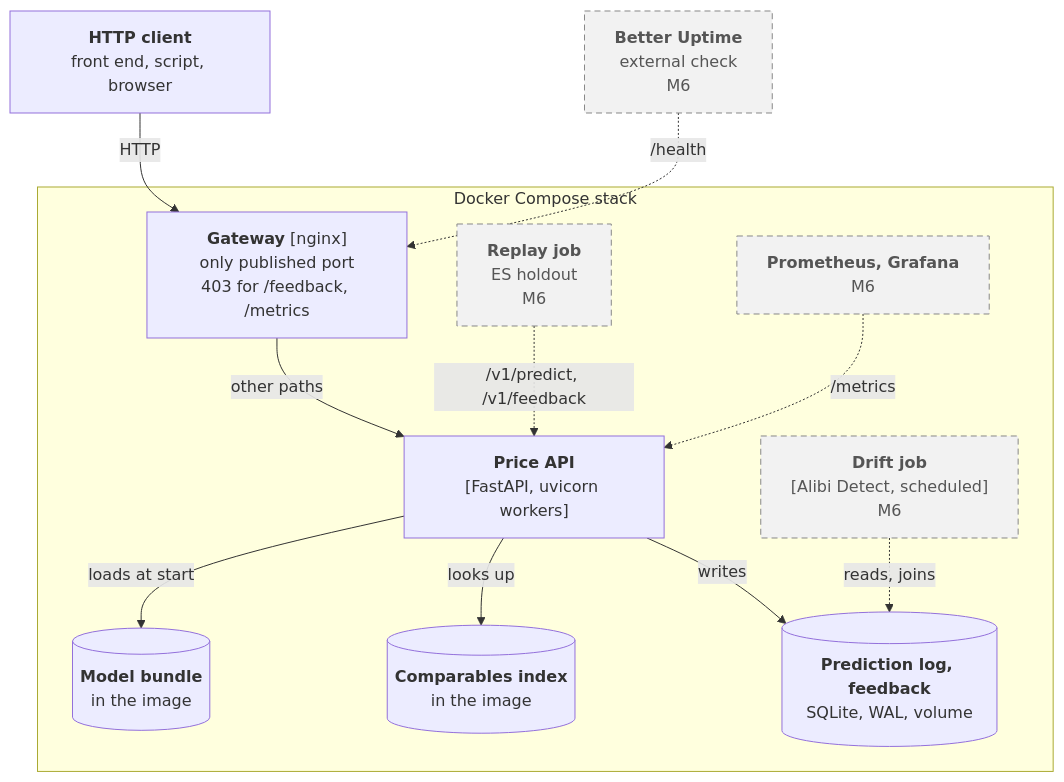
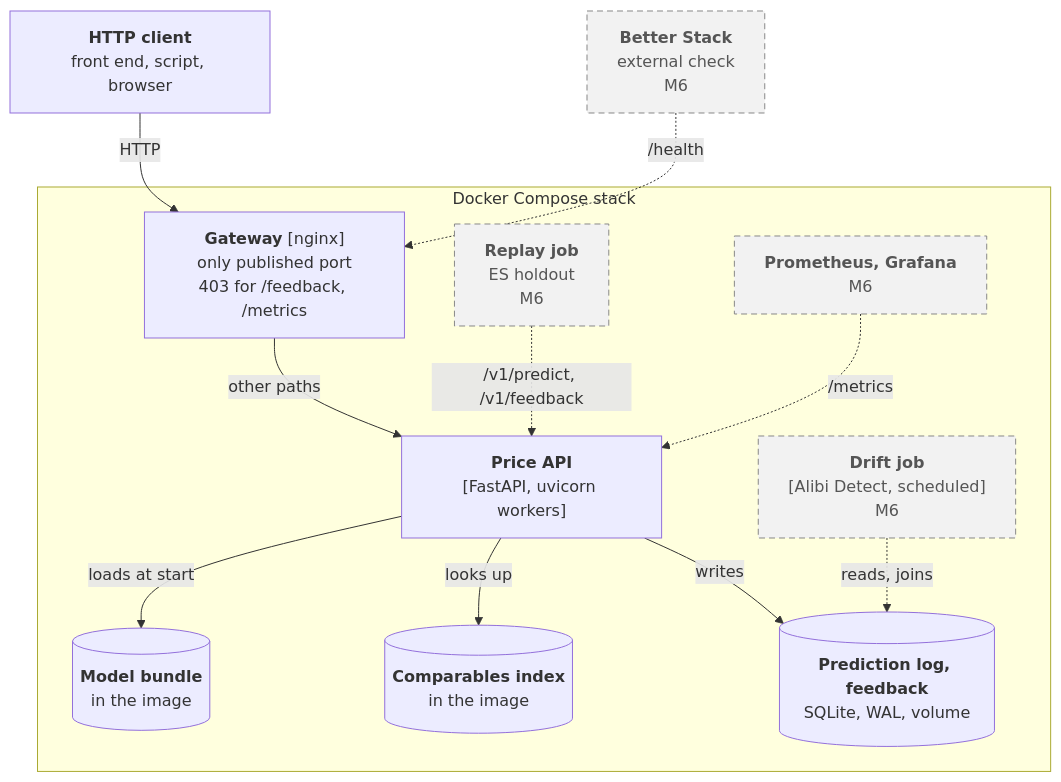
Before and after one commit to mlops-2627q1-mds-upc/MLOPS_Recommenditos: the third of 8 diagrams in docs/docs/architecture.md, drawn with Mermaid. The commit also changed other lines of this file and 9 other files, not shown here.

First line of the commit message:
feat: check the API's /health from outside with Better Stack and report its uptime (#280)

````diff
--- a/docs/docs/architecture.md
+++ b/docs/docs/architecture.md
@@ -134,29 +134,29 @@
 ```mermaid
 flowchart TB
     client["<b>HTTP client</b><br/>front end, script, browser"]
-    uptime["<b>Better Uptime</b><br/>external check<br/>M6"]
+    uptime["<b>Better Stack</b><br/>external check<br/>M6"]
 
     subgraph stack["Docker Compose stack"]
         proxy["<b>Gateway</b> [nginx]<br/>only published port<br/>403 for /feedback, /metrics"]
         replay["<b>Replay job</b><br/>ES holdout<br/>M6"]
         prom["<b>Prometheus, Grafana</b><br/>M6"]
         api["<b>Price API</b><br/>[FastAPI, uvicorn workers]"]
         drift["<b>Drift job</b><br/>[Alibi Detect, scheduled]<br/>M6"]
         bundle[("<b>Model bundle</b><br/>in the image")]
         comparables[("<b>Comparables index</b><br/>in the image")]
         log[("<b>Prediction log, feedback</b><br/>SQLite, WAL, volume")]
     end
 
     client -->|"HTTP"| proxy
     uptime -.->|"/health"| proxy
     proxy -->|"other paths"| api
     replay -.->|"/v1/predict, /v1/feedback"| api
     prom -.->|"/metrics"| api
     api -->|"loads at start"| bundle
     api -->|"looks up"| comparables
     api -->|"writes"| log
     drift -.->|"reads, joins"| log
 
     classDef later fill:#f2f2f2,stroke:#888,color:#555,stroke-dasharray:6 4
     class uptime,replay,prom,drift later
 ```
````
